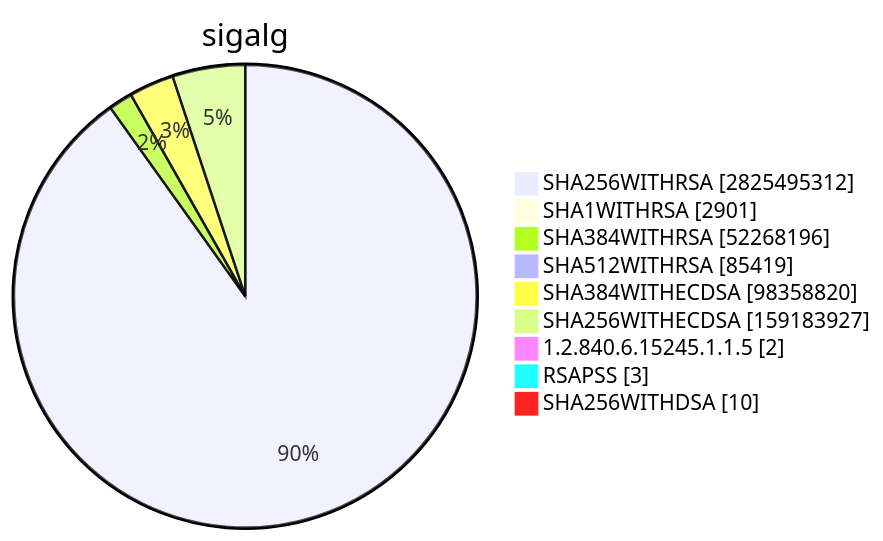
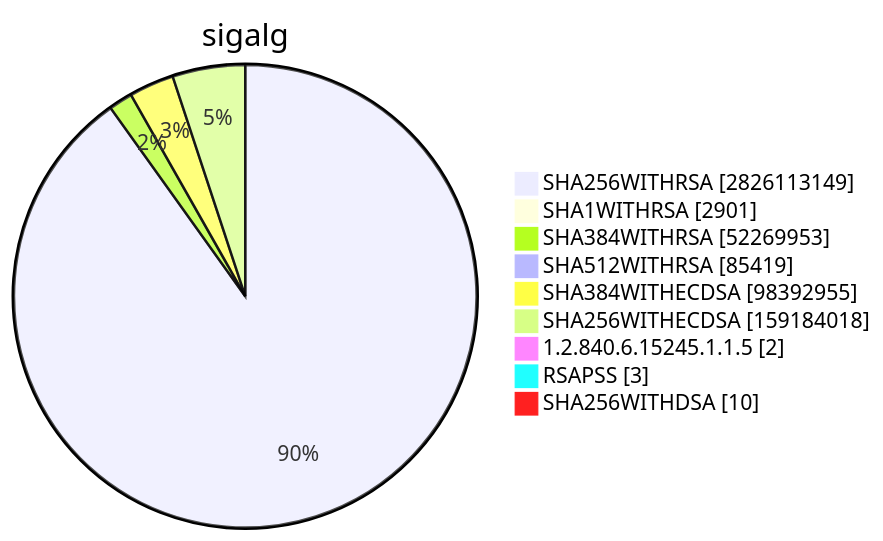
Before and after one commit to christiankrug/ctmonitor_visualization: diagram 15 of 15 in TOTAL/README.md, drawn with Mermaid. The commit also changed other lines of this file, not shown here.

````diff
--- a/TOTAL/README.md
+++ b/TOTAL/README.md
@@ -6205,13 +6205,13 @@
 ```mermaid
 pie showData
 title sigalg
-"SHA256WITHRSA" :2825495312
+"SHA256WITHRSA" :2826113149
 "SHA1WITHRSA" :2901
-"SHA384WITHRSA" :52268196
+"SHA384WITHRSA" :52269953
 "SHA512WITHRSA" :85419
-"SHA384WITHECDSA" :98358820
-"SHA256WITHECDSA" :159183927
+"SHA384WITHECDSA" :98392955
+"SHA256WITHECDSA" :159184018
 "1.2.840.6.15245.1.1.5" :2
 "RSAPSS" :3
 "SHA256WITHDSA" :10
 ```
````
